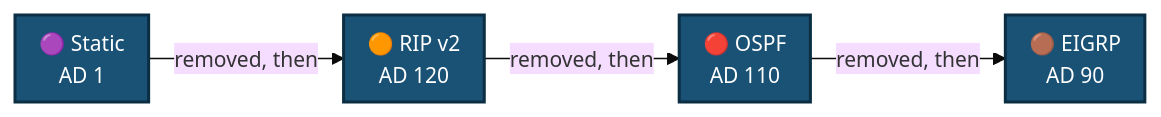
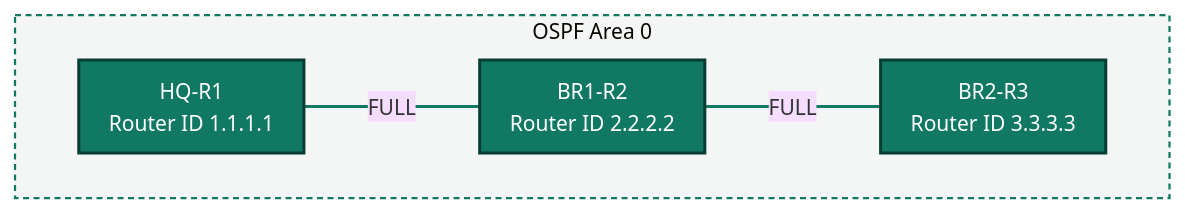
Before and after one commit to malaika-azhar/Cisco-Networking-Lab-Portfolio: the second of 2 diagrams in 01-Networking/05-Routing-protocols-ospf-eigrp-rip-static/README.md, drawn with Mermaid. The commit also changed other lines of this file, not shown here.

````diff
--- a/01-Networking/05-Routing-protocols-ospf-eigrp-rip-static/README.md
+++ b/01-Networking/05-Routing-protocols-ospf-eigrp-rip-static/README.md
@@ -444,9 +377,15 @@
 ```mermaid
-%%{init: {'theme': 'base', 'themeVariables': {'fontSize': '14px'}, 'flowchart': {'nodeSpacing': 24, 'rankSpacing': 34, 'padding': 8}}}%%
+%%{init: {'theme': 'base', 'themeVariables': {'fontSize': '14px'}, 'flowchart': {'nodeSpacing': 40, 'rankSpacing': 60, 'padding': 10}}}%%
 flowchart LR
-    S["🟣 Static<br/>AD 1"] -->|"removed, then"| R["🟠 RIP v2<br/>AD 120"]
-    R -->|"removed, then"| O["🔴 OSPF<br/>AD 110"]
-    O -->|"removed, then"| E["🟤 EIGRP<br/>AD 90"]
-    classDef step fill:#1A5276,stroke:#0B2E43,stroke-width:2px,color:#FFFFFF
-    class S,R,O,E step
+    subgraph Area0["OSPF Area 0"]
+        direction LR
+        A["HQ-R1<br/>Router ID 1.1.1.1"]:::r
+        B["BR1-R2<br/>Router ID 2.2.2.2"]:::r
+        C["BR2-R3<br/>Router ID 3.3.3.3"]:::r
+        A ---|"FULL"| B
+        B ---|"FULL"| C
+    end
+    classDef r fill:#117864,stroke:#083D33,stroke-width:2px,color:#FFFFFF
+    style Area0 fill:#F4F6F5,stroke:#117864,stroke-width:1.5px,stroke-dasharray:4 3
+    linkStyle default stroke:#117864,stroke-width:2px
 ```
````
